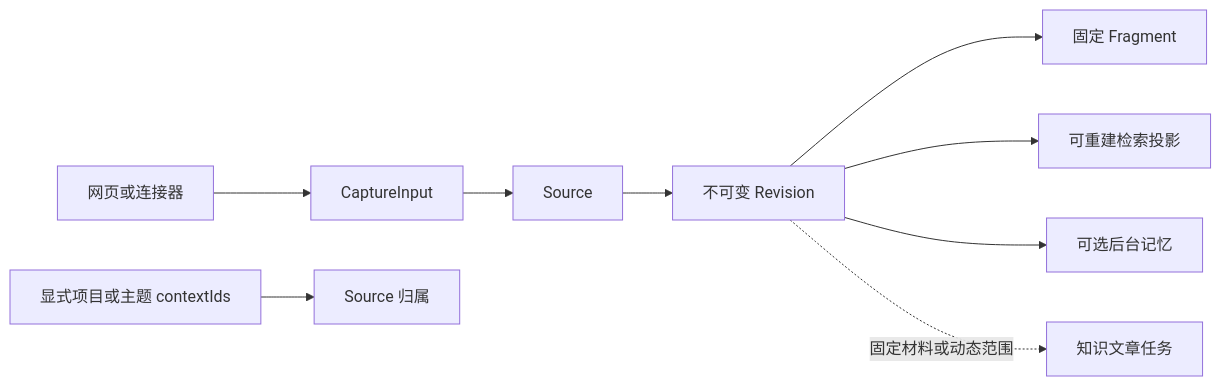
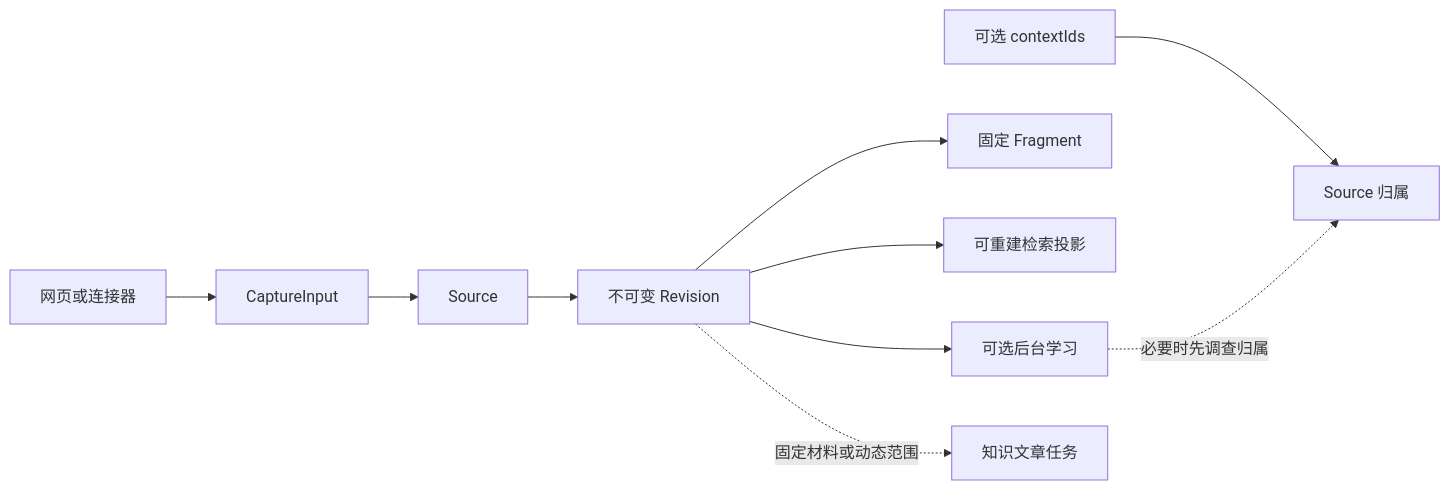
One commit to lejunyang/omem changed the diagram in .repo-review/knowledge/articles/08e8de8e7788195db049c6fb0184ebc7888d9ec16a991ed19523deb074181035.md. Above: the diagram before and after it, drawn with Mermaid. The commit also changed other lines of this file and 5 other files, not shown here.

````diff
--- a/.repo-review/knowledge/articles/08e8de8e7788195db049c6fb0184ebc7888d9ec16a991ed19523deb074181035.md
+++ b/.repo-review/knowledge/articles/08e8de8e7788195db049c6fb0184ebc7888d9ec16a991ed19523deb074181035.md
@@ -51,11 +52,12 @@
 ```mermaid
 flowchart LR
   A[网页或连接器] --> B[CaptureInput]
-  X[显式项目或主题 contextIds] --> C[Source 归属]
+  X[可选 contextIds] --> C[Source 归属]
   B --> D[Source]
   D --> E[不可变 Revision]
   E --> F[固定 Fragment]
   E --> G[可重建检索投影]
-  E --> H[可选后台记忆]
+  E --> H[可选后台学习]
+  H -.必要时先调查归属.-> C
   E -.固定材料或动态范围.-> I[知识文章任务]
 ```
````
